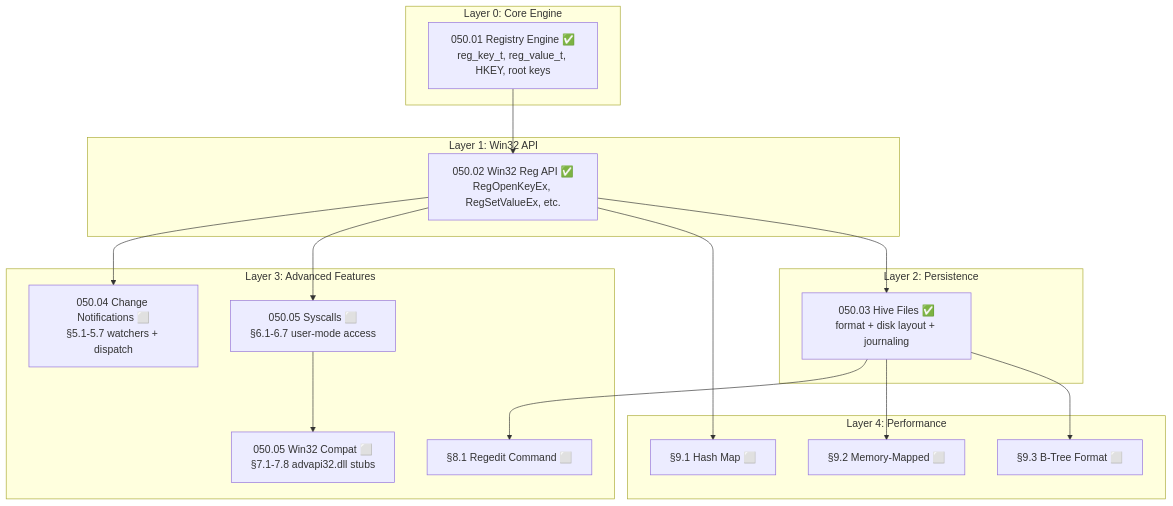
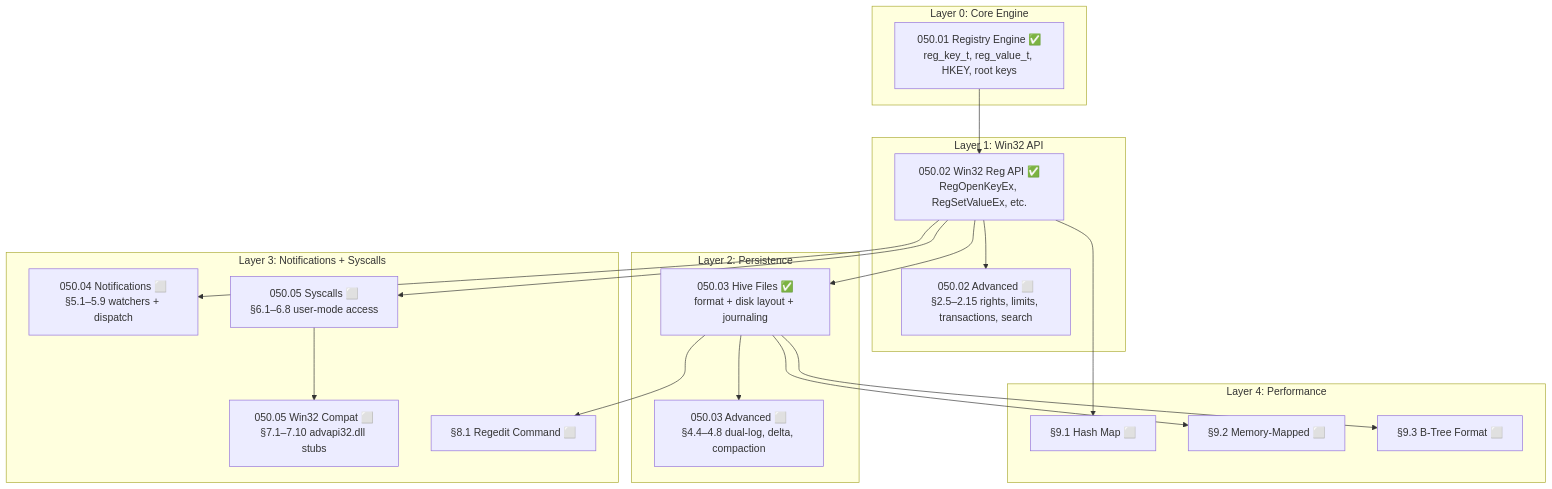
The diagram in todo/010-Kernel-Foundations/TODO-050-Registry.md (rizonesoft/impossible-os), drawn with Mermaid before and after one commit. The commit also changed other lines of this file and 1 other file, not shown here.

````diff
--- a/todo/010-Kernel-Foundations/TODO-050-Registry.md
+++ b/todo/010-Kernel-Foundations/TODO-050-Registry.md
@@ -32,37 +32,41 @@
 ```mermaid
 graph TD
     subgraph "Layer 0: Core Engine"
         ENGINE["050.01 Registry Engine ✅<br/>reg_key_t, reg_value_t, HKEY, root keys"]
     end
 
     subgraph "Layer 1: Win32 API"
         API["050.02 Win32 Reg API ✅<br/>RegOpenKeyEx, RegSetValueEx, etc."]
+        API_ADV["050.02 Advanced ⬜<br/>§2.5–2.15 rights, limits, transactions, search"]
     end
 
     subgraph "Layer 2: Persistence"
         HIVE["050.03 Hive Files ✅<br/>format + disk layout + journaling"]
+        HIVE_ADV["050.03 Advanced ⬜<br/>§4.4–4.8 dual-log, delta, compaction"]
     end
 
-    subgraph "Layer 3: Advanced Features"
-        NOTIFY["050.04 Change Notifications ⬜<br/>§5.1-5.7 watchers + dispatch"]
-        SYSCALL["050.05 Syscalls ⬜<br/>§6.1-6.7 user-mode access"]
-        WIN32["050.05 Win32 Compat ⬜<br/>§7.1-7.8 advapi32.dll stubs"]
+    subgraph "Layer 3: Notifications + Syscalls"
+        NOTIFY["050.04 Notifications ⬜<br/>§5.1–5.9 watchers + dispatch"]
+        SYSCALL["050.05 Syscalls ⬜<br/>§6.1–6.8 user-mode access"]
+        WIN32["050.05 Win32 Compat ⬜<br/>§7.1–7.10 advapi32.dll stubs"]
         REGEDIT["§8.1 Regedit Command ⬜"]
     end
 
     subgraph "Layer 4: Performance"
         HASHMAP["§9.1 Hash Map ⬜"]
         MMAP["§9.2 Memory-Mapped ⬜"]
         BTREE["§9.3 B-Tree Format ⬜"]
     end
 
     ENGINE --> API
+    API --> API_ADV
     API --> HIVE
+    HIVE --> HIVE_ADV
     API --> NOTIFY
     API --> SYSCALL
     SYSCALL --> WIN32
     HIVE --> REGEDIT
     API --> HASHMAP
     HIVE --> MMAP
     HIVE --> BTREE
 ```
````
